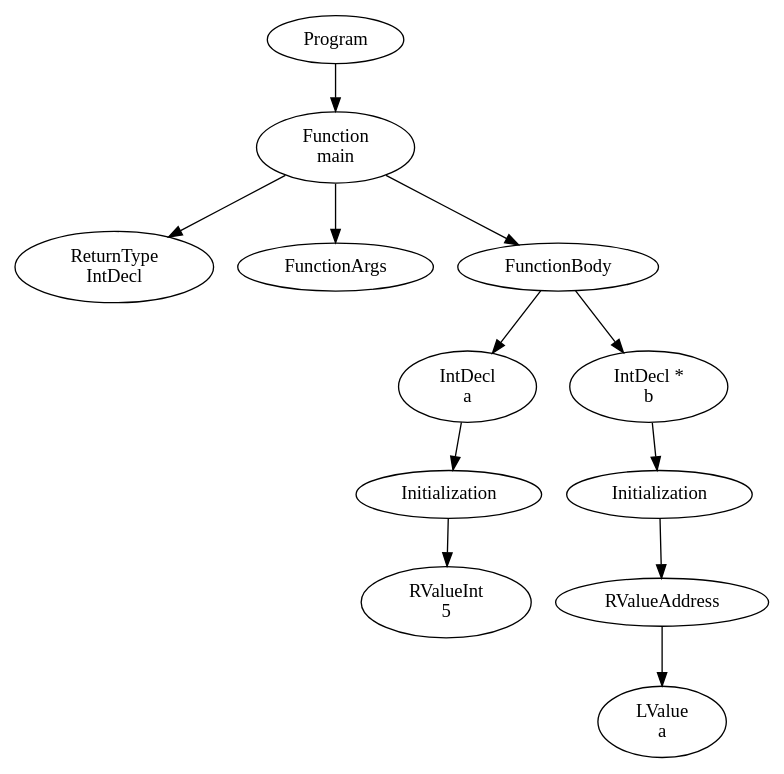
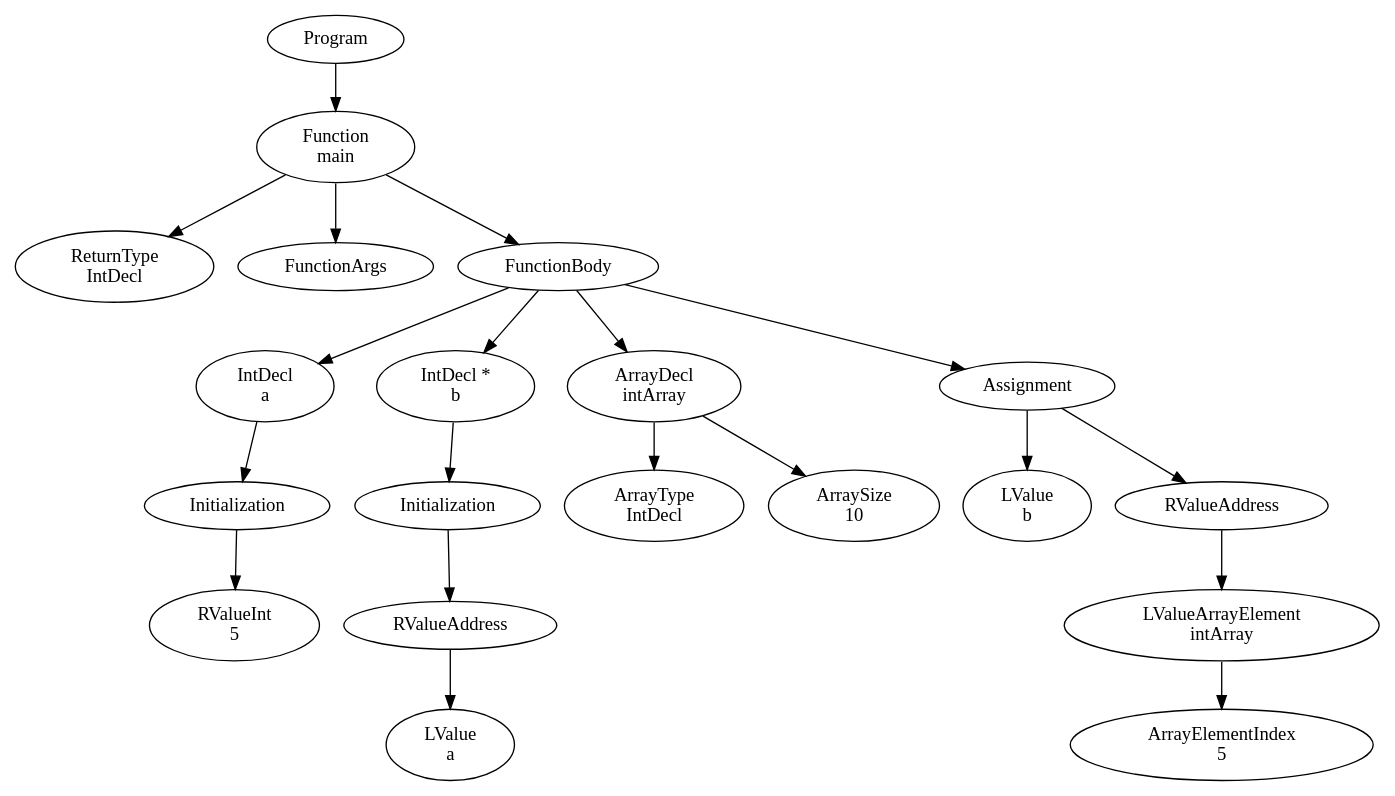
Before and after one commit to FedericoQuin/Compilers: the diagram in official/res/solutions/address_assignment.dot, drawn with Graphviz. The commit also changed 5 other files, not shown here.

```diff
--- a/official/res/solutions/address_assignment.dot
+++ b/official/res/solutions/address_assignment.dot
@@ -1,25 +1,41 @@
 digraph AST {
 1 [label="Program"];
 2 [label="Function \nmain"];
 3 [label="ReturnType \nIntDecl"];
 4 [label="FunctionArgs"];
 5 [label="FunctionBody"];
 6 [label="IntDecl \na"];
 7 [label="Initialization"];
 8 [label="RValueInt \n5"];
 7 -> 8;
 6 -> 7;
 9 [label="IntDecl * \nb"];
 10 [label="Initialization"];
 11 [label="RValueAddress"];
 12 [label="LValue \na"];
 11 -> 12;
 10 -> 11;
 9 -> 10;
+13 [label="ArrayDecl \nintArray"];
+14 [label="ArrayType \nIntDecl"];
+15 [label="ArraySize \n10"];
+13 -> 14;
+13 -> 15;
+16 [label="Assignment"];
+17 [label="LValue \nb"];
+18 [label="RValueAddress"];
+19 [label="LValueArrayElement \nintArray"];
+20 [label="ArrayElementIndex \n5"];
+19 -> 20;
+18 -> 19;
+16 -> 17;
+16 -> 18;
 5 -> 6;
 5 -> 9;
+5 -> 13;
+5 -> 16;
 2 -> 3;
 2 -> 4;
 2 -> 5;
 1 -> 2;
 }
```
